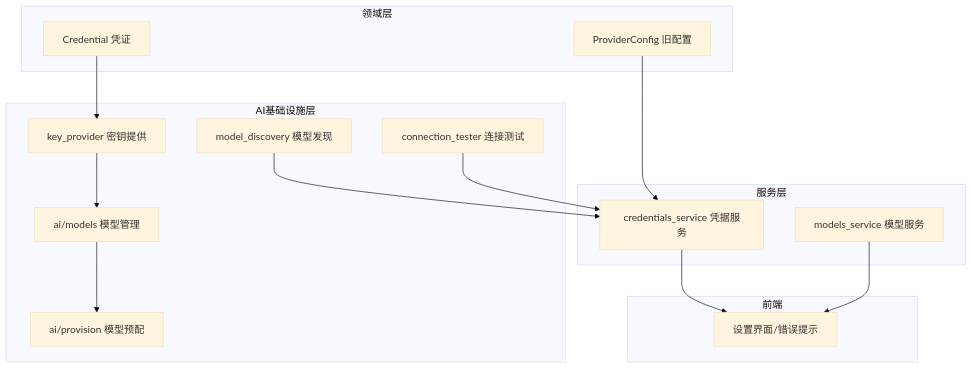
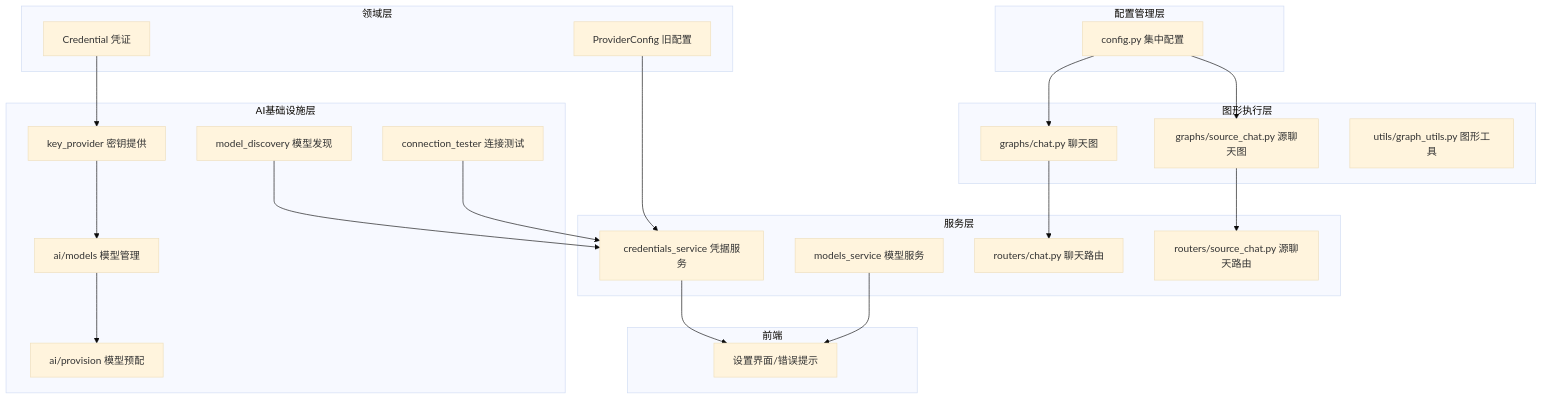
One commit to jackeyunjie/open-notebook changed the first of 8 diagrams in .qoder/repowiki/zh/content/后端架构/AI服务集成/AI服务集成.md. Above: the diagram before and after it, drawn with Mermaid (base theme). The commit also changed other lines of this file and 51 other files, not shown here.

````diff
--- a/.qoder/repowiki/zh/content/后端架构/AI服务集成/AI服务集成.md
+++ b/.qoder/repowiki/zh/content/后端架构/AI服务集成/AI服务集成.md
@@ -51,29 +60,43 @@
 ```mermaid
 graph TB
 subgraph "领域层"
 Cred["Credential 凭证"]
 ProvCfg["ProviderConfig 旧配置"]
 end
 subgraph "AI基础设施层"
 KP["key_provider 密钥提供"]
 MD["model_discovery 模型发现"]
 CT["connection_tester 连接测试"]
 AM["ai/models 模型管理"]
 PR["ai/provision 模型预配"]
 end
+subgraph "配置管理层"
+CFG["config.py 集中配置"]
+end
+subgraph "图形执行层"
+CHAT["graphs/chat.py 聊天图"]
+SCHAT["graphs/source_chat.py 源聊天图"]
+GU["utils/graph_utils.py 图形工具"]
+end
 subgraph "服务层"
 CS["credentials_service 凭据服务"]
 MS["models_service 模型服务"]
+AR["routers/chat.py 聊天路由"]
+ASR["routers/source_chat.py 源聊天路由"]
 end
 subgraph "前端"
 FE["设置界面/错误提示"]
 end
 Cred --> KP
 ProvCfg --> CS
 KP --> AM
 MD --> CS
 CT --> CS
 AM --> PR
+CFG --> CHAT
+CFG --> SCHAT
+CHAT --> AR
+SCHAT --> ASR
 CS --> FE
 MS --> FE
 ```
````
